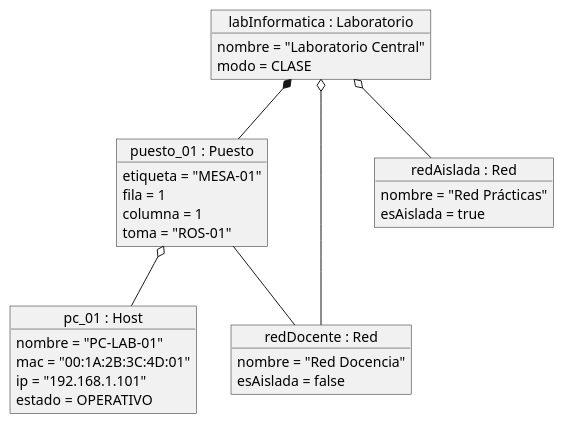
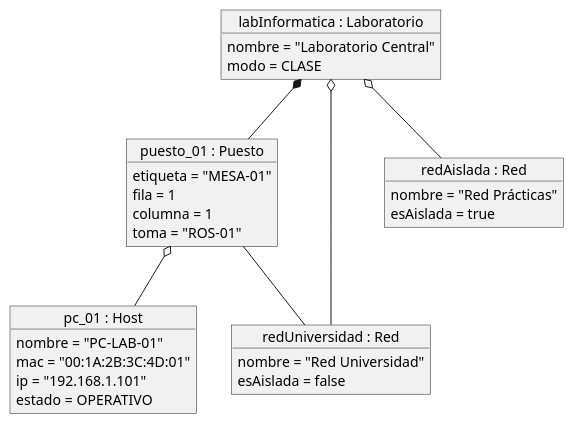
One commit to Carlos-Lima2510/mesh-panel changed the diagram in RUP/00-modelo-del-dominio/diagrama-objetos.puml. Above: the diagram before and after it, drawn with PlantUML. The commit also changed 10 other files, not shown here.

```diff
--- a/RUP/00-modelo-del-dominio/diagrama-objetos.puml
+++ b/RUP/00-modelo-del-dominio/diagrama-objetos.puml
@@ -1,39 +1,39 @@
 @startuml diagrama-objetos
 
 object "labInformatica : Laboratorio" as lab {
     nombre = "Laboratorio Central"
     modo = CLASE
 }
 
 object "puesto_01 : Puesto" as puesto {
     etiqueta = "MESA-01"
     fila = 1
     columna = 1
     toma = "ROS-01"
 }
 
 object "pc_01 : Host" as host {
     nombre = "PC-LAB-01"
     mac = "00:1A:2B:3C:4D:01"
     ip = "192.168.1.101"
     estado = OPERATIVO
 }
 
-object "redDocente : Red" as redDocente {
-    nombre = "Red Docencia"
+object "redUniversidad : Red" as redUniversidad {
+    nombre = "Red Universidad"
     esAislada = false
 }
 
 object "redAislada : Red" as redAislada {
     nombre = "Red Prácticas"
     esAislada = true
 }
 
 lab *-- puesto
-lab o-- redDocente
+lab o-- redUniversidad
 lab o-- redAislada
 
 puesto o-- host
-puesto -- redDocente
+puesto -- redUniversidad
 
 @enduml
```
